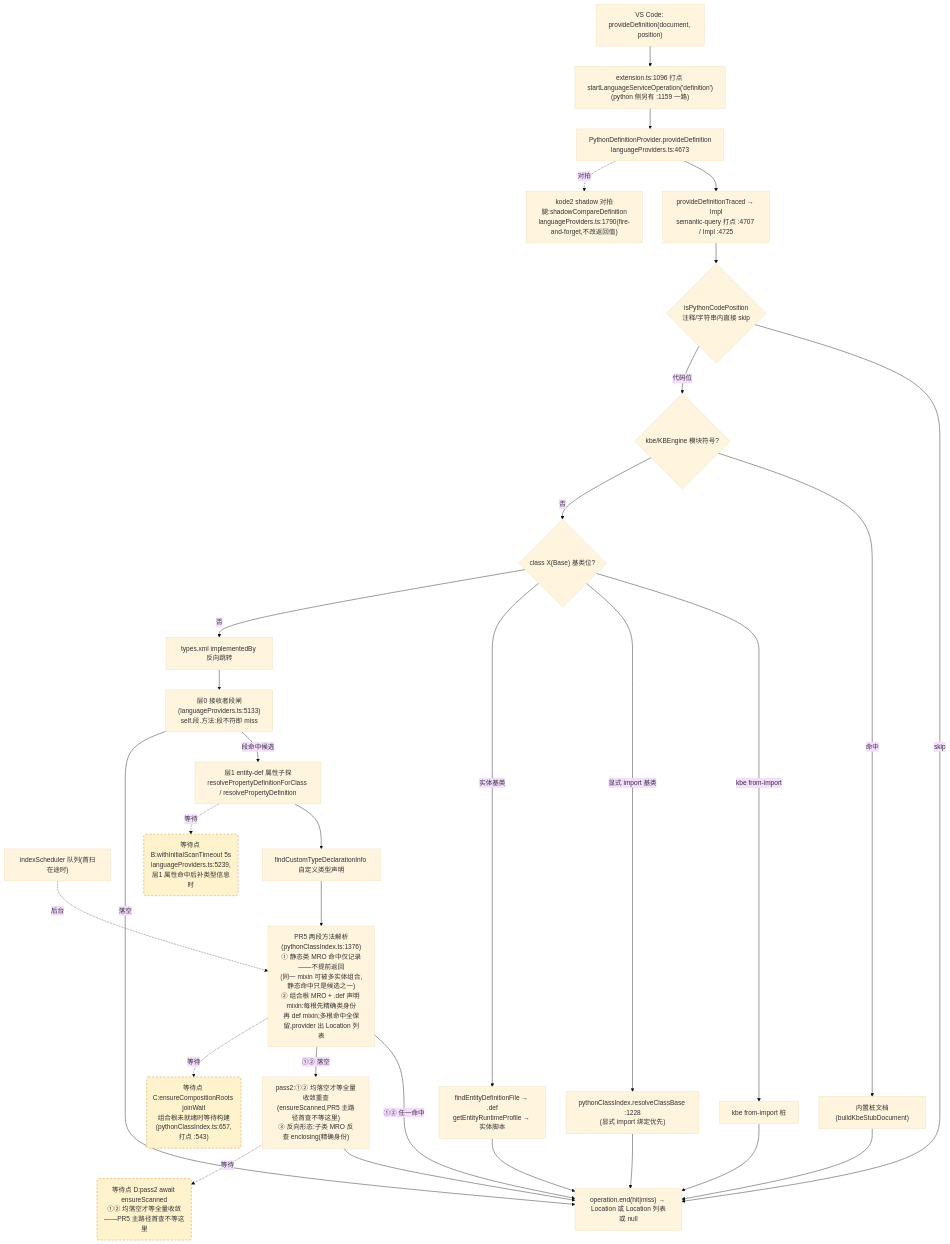
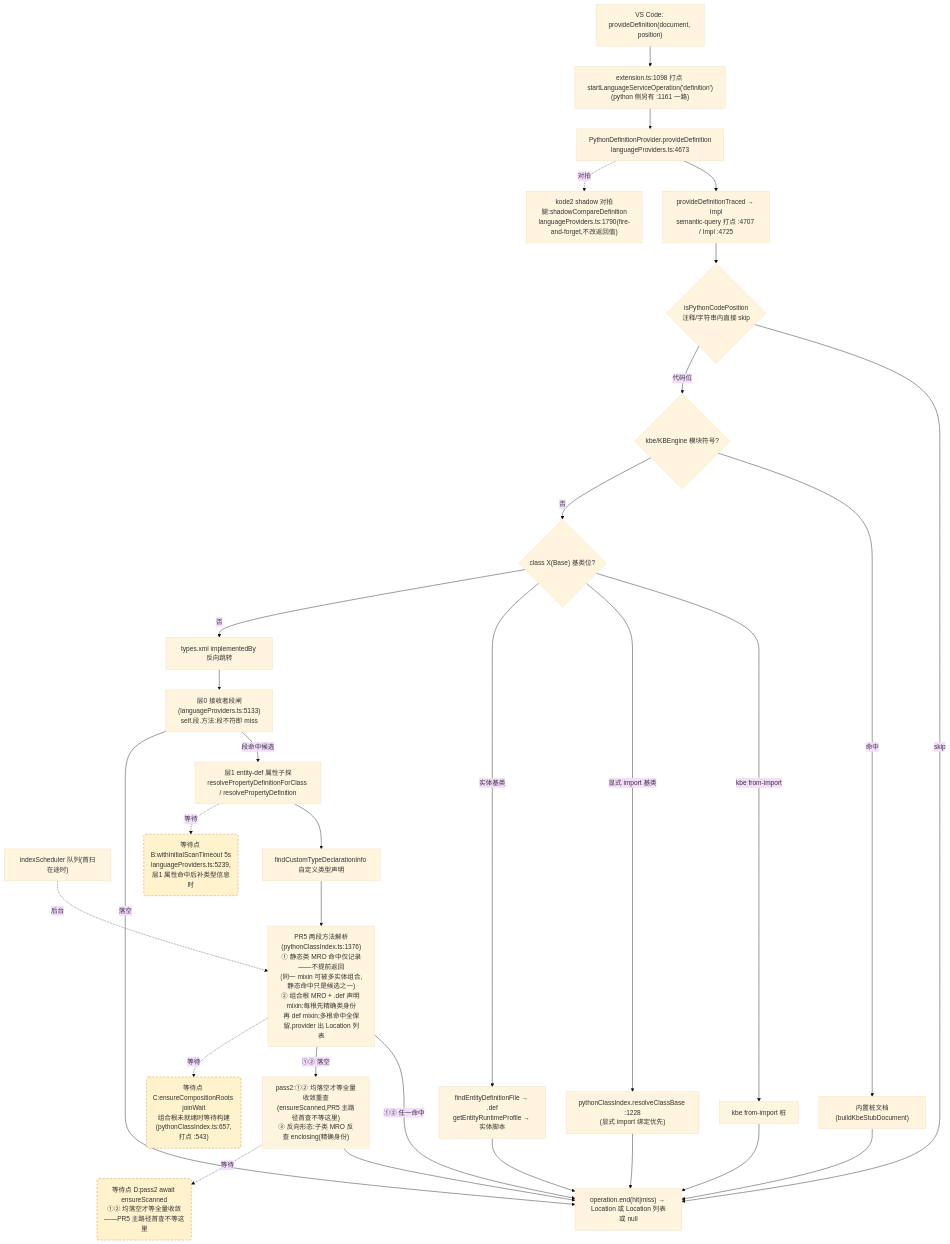
One commit to cuihairu/kode changed the second of 4 diagrams in docs/perf/2026-baseline.md. Above: the diagram before and after it, drawn with Mermaid (base theme). The commit also changed other lines of this file and 5 other files, not shown here.

````diff
--- a/docs/perf/2026-baseline.md
+++ b/docs/perf/2026-baseline.md
@@ -130,51 +130,51 @@
 ```mermaid
 flowchart TD
   VC2["VS Code: provideDefinition(document, position)"]
-  M2["extension.ts:1096 打点 startLanguageServiceOperation('definition')<br/>(python 侧另有 :1159 一路)"]
+  M2["extension.ts:1098 打点 startLanguageServiceOperation('definition')<br/>(python 侧另有 :1161 一路)"]
   AD2["PythonDefinitionProvider.provideDefinition<br/>languageProviders.ts:4673"]
   TR["provideDefinitionTraced → Impl<br/>semantic-query 打点 :4707 / Impl :4725"]
   CTX{"isPythonCodePosition<br/>注释/字符串内直接 skip"}
   KBE{"kbe/KBEngine 模块符号?"}
   STUB["内置桩文档(buildKbeStubDocument)"]
   CB{"class X(Base) 基类位?"}
   CB1["kbe from-import 桩"]
   CB2["pythonClassIndex.resolveClassBase :1228<br/>(显式 import 绑定优先)"]
   CB3["findEntityDefinitionFile → .def<br/>getEntityRuntimeProfile → 实体脚本"]
   REV["types.xml implementedBy 反向跳转"]
   L0["层0 接收者段闸(languageProviders.ts:5133)<br/>self.段.方法:段不符即 miss"]
   L1["层1 entity-def 属性子探<br/>resolvePropertyDefinitionForClass / resolvePropertyDefinition"]
   SCAN["indexScheduler 队列(首扫在途时)"]
   TY["findCustomTypeDeclarationInfo 自定义类型声明"]
   MRO["PR5 两段方法解析(pythonClassIndex.ts:1376)<br/>① 静态类 MRO 命中仅记录——不提前返回<br/>(同一 mixin 可被多实体组合,静态命中只是候选之一)<br/>② 组合根 MRO + .def 声明 mixin:每根先精确类身份<br/>再 def mixin;多根命中全保留,provider 出 Location 列表"]
   PASS2["pass2:①② 均落空才等全量收敛重查<br/>(ensureScanned,PR5 主路径首查不等这里)<br/>③ 反向形态:子类 MRO 反查 enclosing(精确身份)"]
   SHD["kode2 shadow 对拍腿:shadowCompareDefinition<br/>languageProviders.ts:1790(fire-and-forget,不改返回值)"]
   END2["operation.end(hit|miss) → Location 或 Location 列表或 null"]
 
   VC2 --> M2 --> AD2 --> TR --> CTX
   CTX -- "skip" --> END2
   CTX -- "代码位" --> KBE
   KBE -- "命中" --> STUB --> END2
   KBE -- "否" --> CB
   CB -- "kbe from-import" --> CB1 --> END2
   CB -- "显式 import 基类" --> CB2 --> END2
   CB -- "实体基类" --> CB3 --> END2
   CB -- "否" --> REV --> L0
   L0 -- "段命中候选" --> L1
   L0 -- "落空" --> END2
   L1 --> TY
   TY --> MRO
   MRO -- "①② 任一命中" --> END2
   MRO -- "①② 落空" --> PASS2 --> END2
   AD2 -.->|对拍| SHD
 
   WAITB("等待点 B:withInitialScanTimeout 5s<br/>languageProviders.ts:5239,层1 属性命中后补类型信息时")
   WAITC("等待点 C:ensureCompositionRoots joinWait<br/>组合根未就绪时等待构建(pythonClassIndex.ts:657,打点 :543)")
   WAITD("等待点 D:pass2 await ensureScanned<br/>①② 均落空才等全量收敛——PR5 主路径首查不等这里")
   L1 -.->|等待| WAITB
   MRO -.->|等待| WAITC
   PASS2 -.->|等待| WAITD
   SCAN -.->|后台| MRO
 
   classDef waitPoint fill:#fff3cd,stroke:#d97706,stroke-dasharray:5 4;
   class WAITB,WAITC,WAITD waitPoint;
 ```
````
